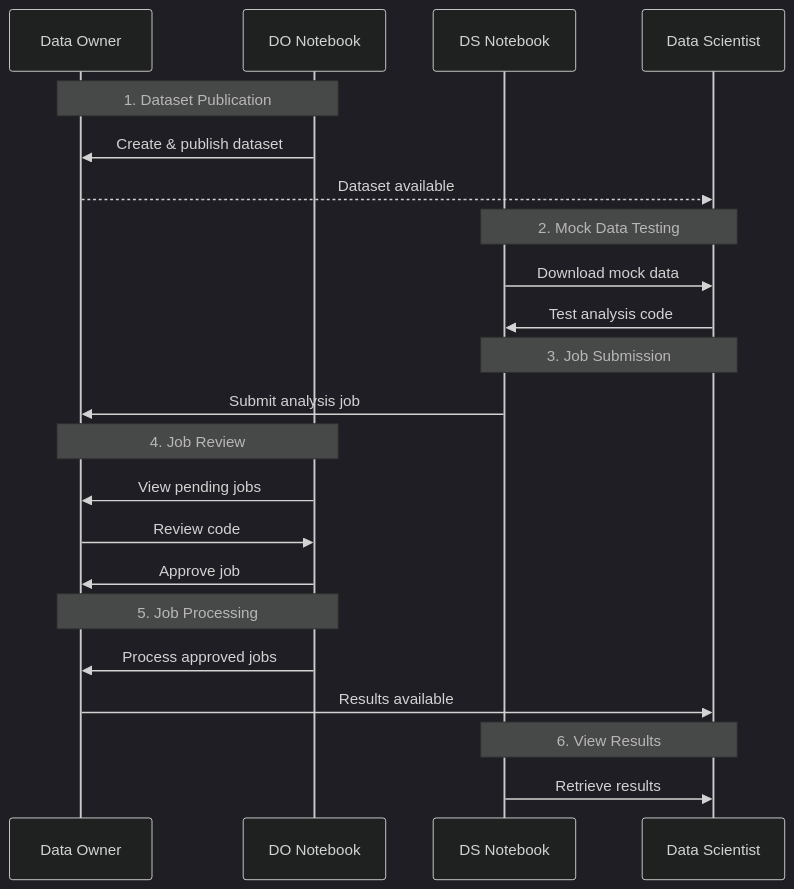
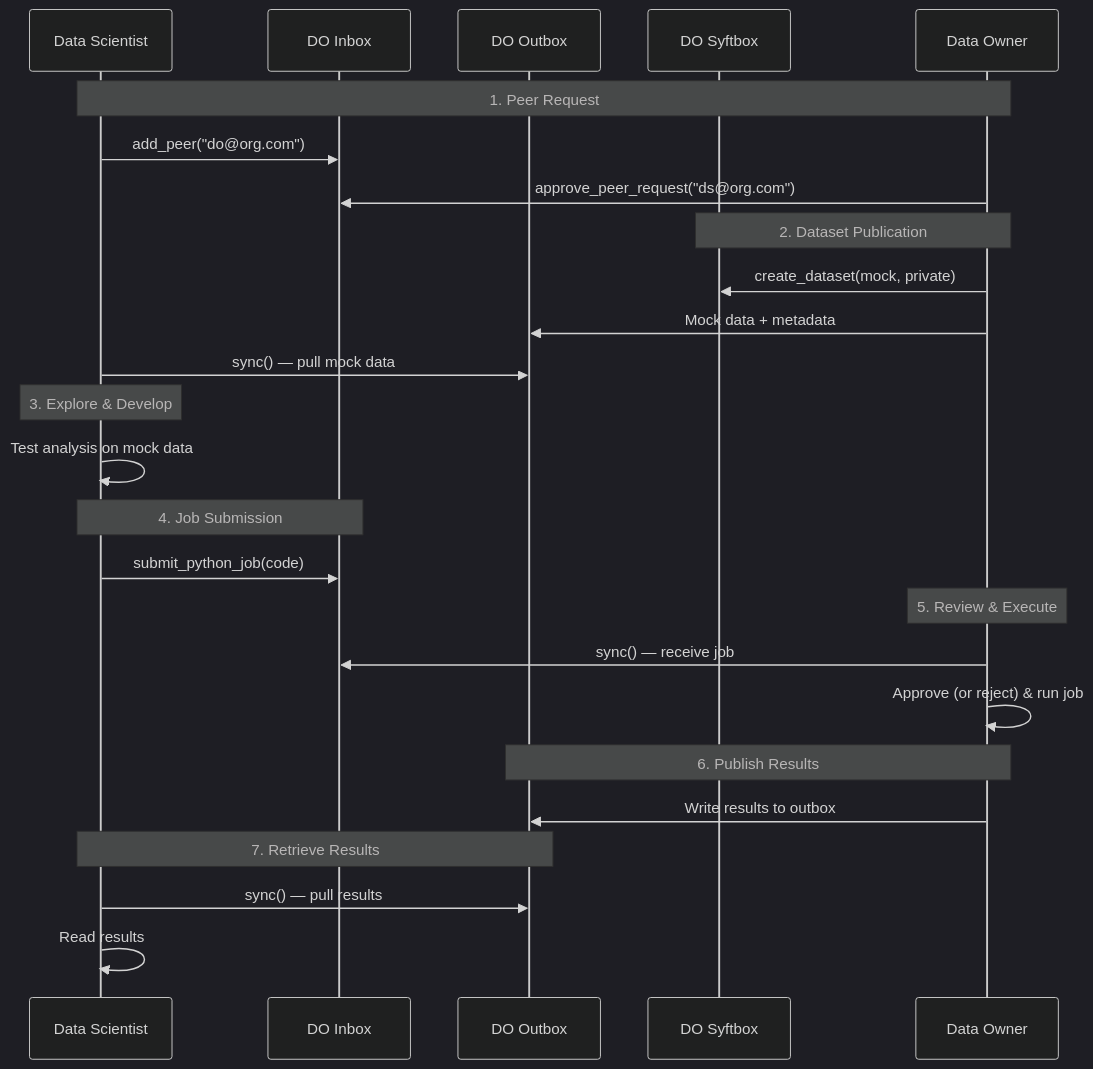
Before and after one commit to OpenMined/syft-client: the diagram in docs/workflow.md, drawn with Mermaid (dark theme). The commit also changed other lines of this file and 1 other file, not shown here.

Commit message:
Replace workflow diagram with inbox/outbox sequence diagram

````diff
--- a/docs/workflow.md
+++ b/docs/workflow.md
@@ -5,30 +3,34 @@
 ```mermaid
 sequenceDiagram
+    participant DS as Data Scientist
+    participant INB as DO Inbox
+    participant OUT as DO Outbox
+    participant SB as DO Syftbox
     participant DO as Data Owner
-    participant DON as DO Notebook
-    participant DSN as DS Notebook
-    participant DS as Data Scientist
 
-    Note over DO,DON: 1. Dataset Publication
-    DON->>DO: Create & publish dataset
-    DO-->>DS: Dataset available
+    Note over DS,DO: 1. Peer Request
+    DS->>INB: add_peer("do@org.com")
+    DO->>INB: approve_peer_request("ds@org.com")
 
-    Note over DS,DSN: 2. Mock Data Testing
-    DSN->>DS: Download mock data
-    DS->>DSN: Test analysis code
+    Note over DO,SB: 2. Dataset Publication
+    DO->>SB: create_dataset(mock, private)
+    DO->>OUT: Mock data + metadata
+    DS->>OUT: sync() — pull mock data
 
-    Note over DS,DSN: 3. Job Submission
-    DSN->>DO: Submit analysis job
+    Note over DS: 3. Explore & Develop
+    DS->>DS: Test analysis on mock data
 
-    Note over DO,DON: 4. Job Review
-    DON->>DO: View pending jobs
-    DO->>DON: Review code
-    DON->>DO: Approve job
+    Note over DS,INB: 4. Job Submission
+    DS->>INB: submit_python_job(code)
 
-    Note over DO,DON: 5. Job Processing
-    DON->>DO: Process approved jobs
-    DO->>DS: Results available
+    Note over DO: 5. Review & Execute
+    DO->>INB: sync() — receive job
+    DO->>DO: Approve (or reject) & run job
 
-    Note over DS,DSN: 6. View Results
-    DSN->>DS: Retrieve results
+    Note over DO,OUT: 6. Publish Results
+    DO->>OUT: Write results to outbox
+
+    Note over DS,OUT: 7. Retrieve Results
+    DS->>OUT: sync() — pull results
+    DS->>DS: Read results
 ```
````
